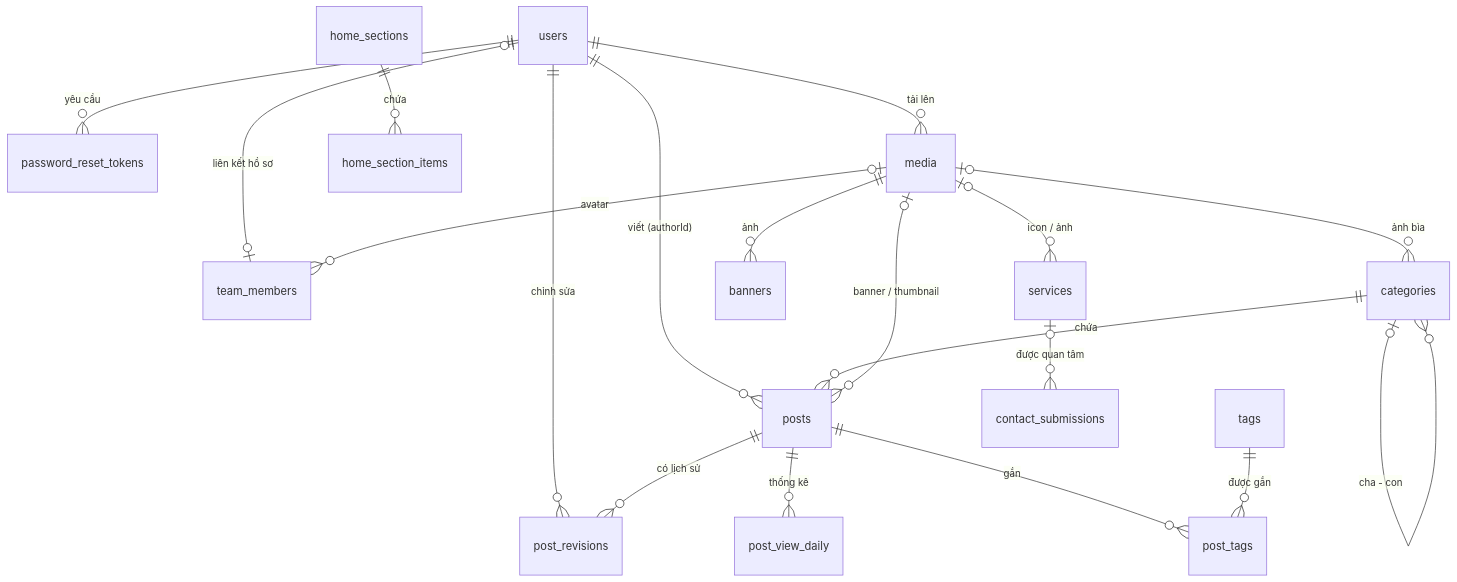
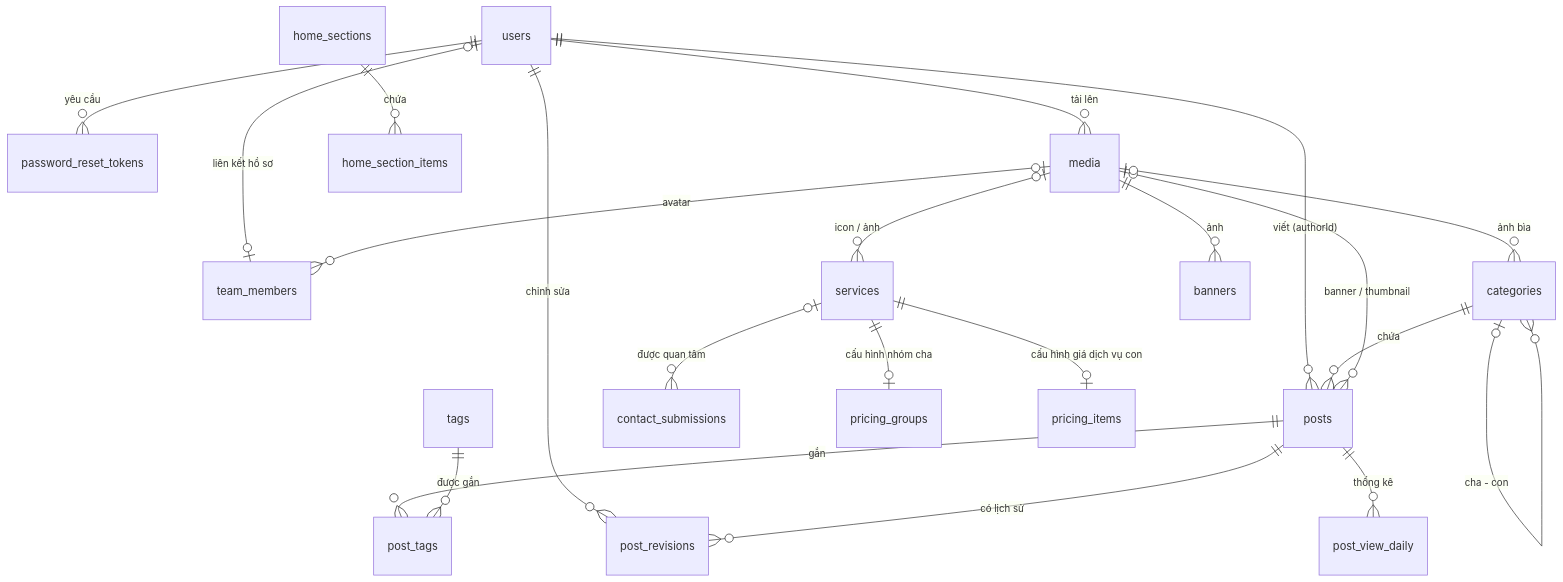
The third of 3 diagrams in docs/phan-tich-he-thong-website-tin-tuc.md (phoguot/news_system), drawn with Mermaid before and after one commit. The commit also changed other lines of this file and 34 other files, not shown here.

````diff
--- a/docs/phan-tich-he-thong-website-tin-tuc.md
+++ b/docs/phan-tich-he-thong-website-tin-tuc.md
@@ -452,24 +453,26 @@
 ```mermaid
 erDiagram
     users ||--o{ password_reset_tokens : "yêu cầu"
     users ||--o{ media : "tải lên"
     users ||--o{ posts : "viết (authorId)"
     users ||--o{ post_revisions : "chỉnh sửa"
     users |o--o| team_members : "liên kết hồ sơ"
 
     categories |o--o{ categories : "cha - con"
     categories ||--o{ posts : "chứa"
     posts ||--o{ post_tags : "gắn"
     tags ||--o{ post_tags : "được gắn"
     posts ||--o{ post_revisions : "có lịch sử"
     posts ||--o{ post_view_daily : "thống kê"
 
     media |o--o{ posts : "banner / thumbnail"
     media |o--o{ categories : "ảnh bìa"
     media |o--o{ services : "icon / ảnh"
     media ||--o{ banners : "ảnh"
     media |o--o{ team_members : "avatar"
 
     services |o--o{ contact_submissions : "được quan tâm"
+    services ||--o| pricing_groups : "cấu hình nhóm cha"
+    services ||--o| pricing_items : "cấu hình giá dịch vụ con"
     home_sections ||--o{ home_section_items : "chứa"
 ```
````
